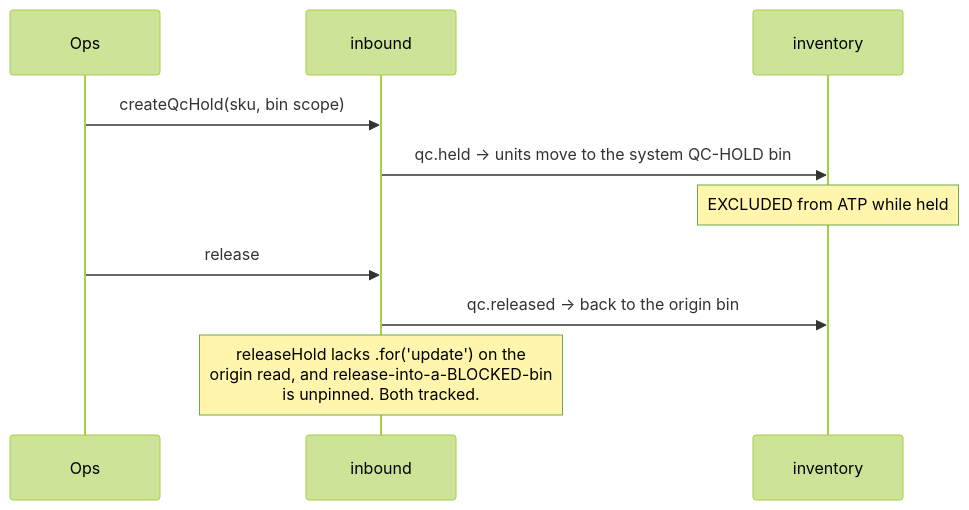
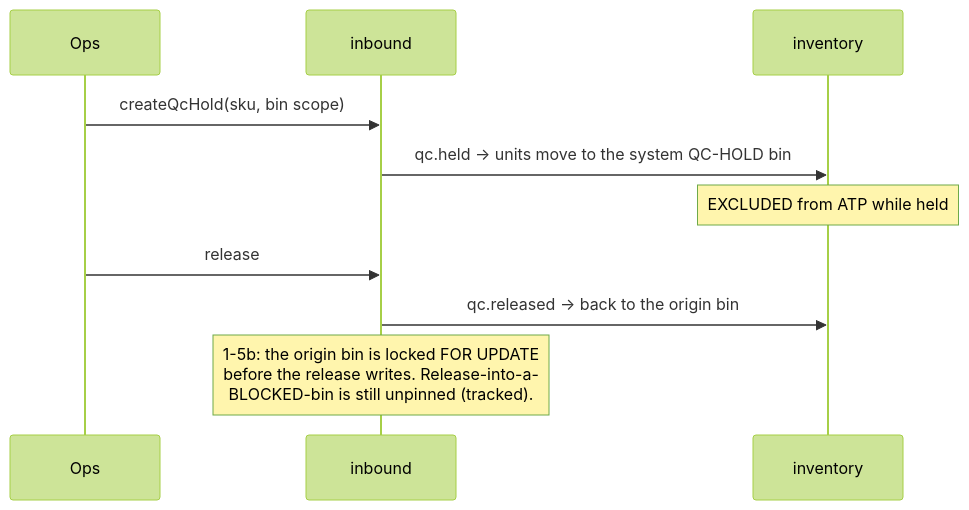
Before and after one commit to chinnisasi/WMS-Meta: the fifth of 6 diagrams in docs/design/modules/inbound.md, drawn with Mermaid (forest theme). The commit also changed other lines of this file and 11 other files, not shown here.

````diff
--- a/docs/design/modules/inbound.md
+++ b/docs/design/modules/inbound.md
@@ -292,13 +292,13 @@
 ```mermaid
 sequenceDiagram
   participant Ops
   participant Ib as inbound
   participant Inv as inventory
 
   Ops->>Ib: createQcHold(sku, bin scope)
   Ib->>Inv: qc.held → units move to the system QC-HOLD bin
   Note over Inv: EXCLUDED from ATP while held
   Ops->>Ib: release
   Ib->>Inv: qc.released → back to the origin bin
-  Note over Ib: releaseHold lacks .for('update') on the<br/>origin read, and release-into-a-BLOCKED-bin<br/>is unpinned. Both tracked.
+  Note over Ib: 1-5b: the origin bin is locked FOR UPDATE<br/>before the release writes. Release-into-a-<br/>BLOCKED-bin is still unpinned (tracked).
 ```
````
